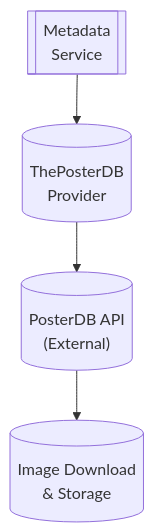
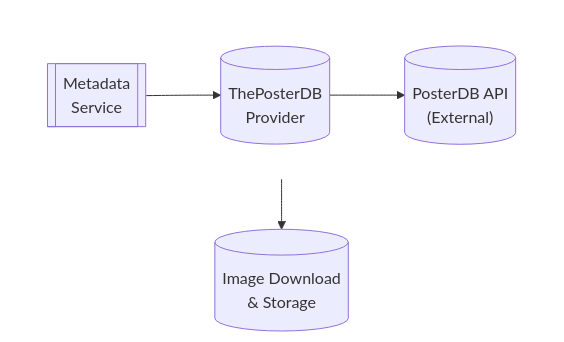
One commit to lusoris/revenge changed the diagram in docs/dev/design/integrations/metadata/video/THEPOSTERDB.md. Above: the diagram before and after it, drawn with Mermaid. The commit also changed 210 other files, not shown here.

First line of the commit message:
feat(docs): Add horizontal layout support for Mermaid diagrams

````diff
--- a/docs/dev/design/integrations/metadata/video/THEPOSTERDB.md
+++ b/docs/dev/design/integrations/metadata/video/THEPOSTERDB.md
@@ -59,10 +59,16 @@
 ```mermaid
 flowchart TD
-    node1[["Metadata<br/>Service"]]
-    node2[("ThePosterDB<br/>Provider")]
-    node3[("PosterDB API<br/>(External)")]
+    subgraph row1[ ]
+        direction LR
+        node1[["Metadata<br/>Service"]]
+        node2[("ThePosterDB<br/>Provider")]
+        node3[("PosterDB API<br/>(External)")]
+    end
     node4[("Image Download<br/>& Storage")]
     node1 --> node2
     node2 --> node3
     node3 --> node4
+
+    %% Hide row subgraph borders
+    style row1 fill:transparent,stroke:transparent
 ```
````
